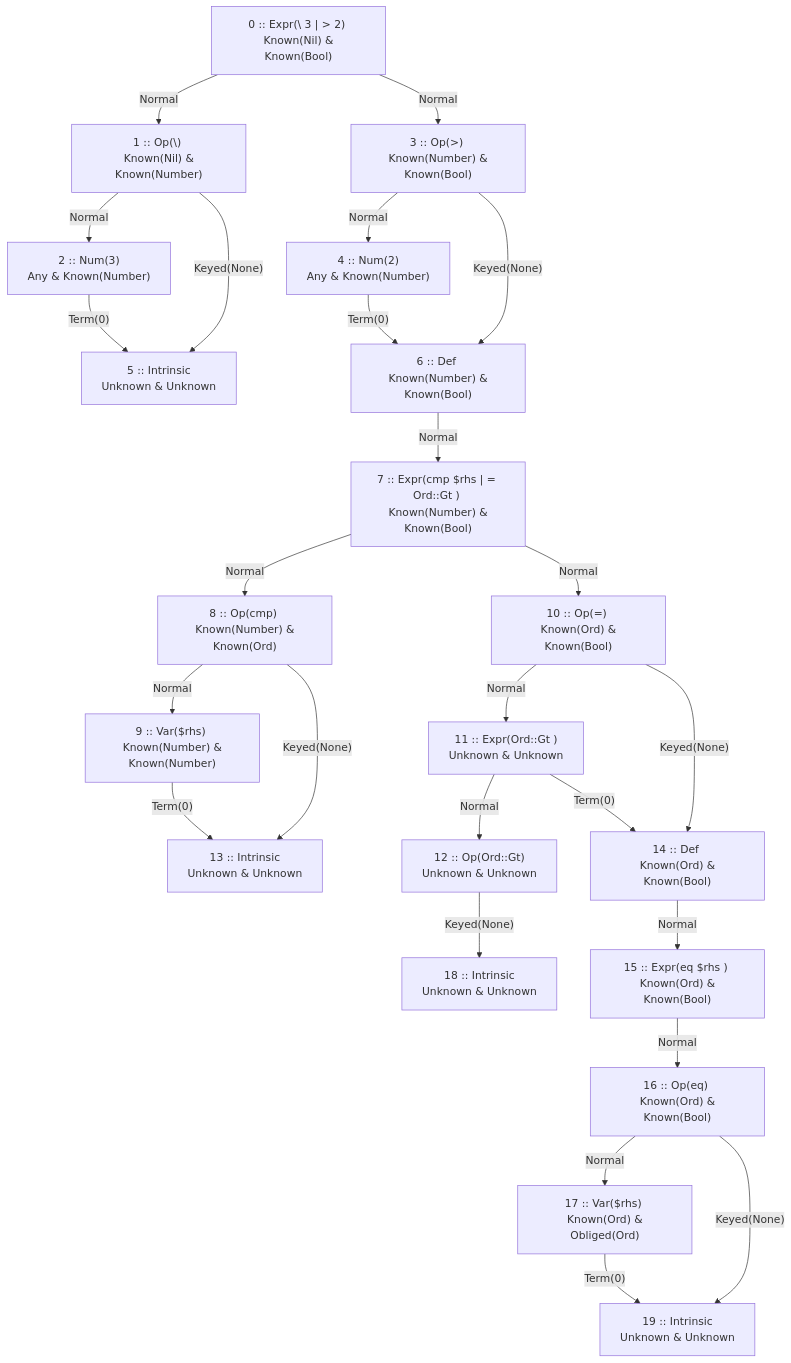
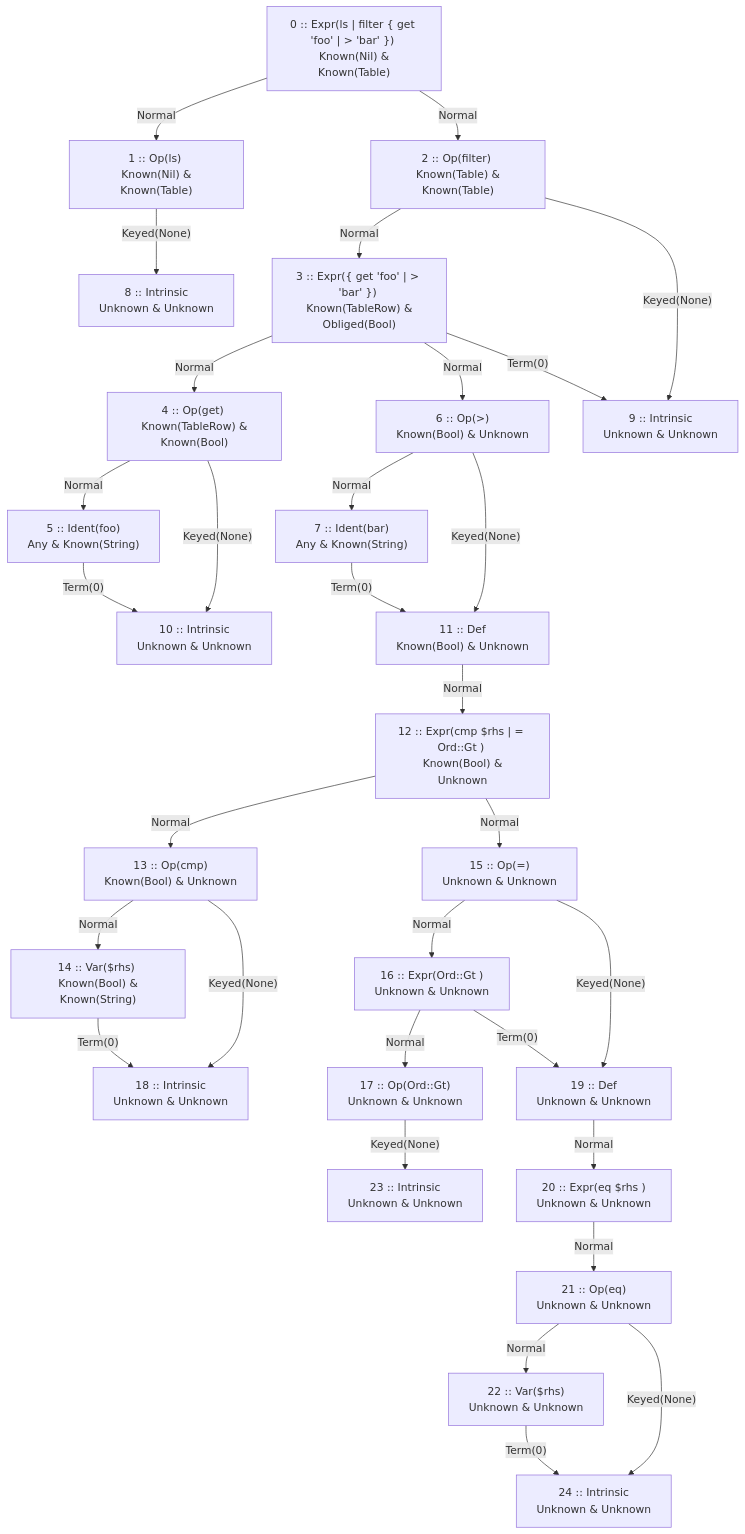
Before and after one commit to kdr-aus/ogma: the first of 2 diagrams in ogma/debug-compiler.md, drawn with Mermaid. The commit also changed other lines of this file and 11 other files, not shown here.

````diff
--- a/ogma/debug-compiler.md
+++ b/ogma/debug-compiler.md
@@ -32,48 +37,59 @@
 ```mermaid
 flowchart TD
-i0["0 :: Expr(\ 3 | > 2) <br> Known(Nil) & Known(Bool)"]
-i1["1 :: Op(\) <br> Known(Nil) & Known(Number)"]
-i2["2 :: Num(3) <br> Any & Known(Number)"]
-i3["3 :: Op(>) <br> Known(Number) & Known(Bool)"]
-i4["4 :: Num(2) <br> Any & Known(Number)"]
-i5["5 :: Intrinsic <br> Unknown & Unknown"]
-i6["6 :: Def <br> Known(Number) & Known(Bool)"]
-i7["7 :: Expr(cmp $rhs | = Ord::Gt ) <br> Known(Number) & Known(Bool)"]
-i8["8 :: Op(cmp) <br> Known(Number) & Known(Ord)"]
-i9["9 :: Var($rhs) <br> Known(Number) & Known(Number)"]
-i10["10 :: Op(=) <br> Known(Ord) & Known(Bool)"]
-i11["11 :: Expr(Ord::Gt ) <br> Unknown & Unknown"]
-i12["12 :: Op(Ord::Gt) <br> Unknown & Unknown"]
-i13["13 :: Intrinsic <br> Unknown & Unknown"]
-i14["14 :: Def <br> Known(Ord) & Known(Bool)"]
-i15["15 :: Expr(eq $rhs ) <br> Known(Ord) & Known(Bool)"]
-i16["16 :: Op(eq) <br> Known(Ord) & Known(Bool)"]
-i17["17 :: Var($rhs) <br> Known(Ord) & Obliged(Ord)"]
+i0["0 :: Expr(ls | filter { get 'foo' | > 'bar' }) <br> Known(Nil) & Known(Table)"]
+i1["1 :: Op(ls) <br> Known(Nil) & Known(Table)"]
+i2["2 :: Op(filter) <br> Known(Table) & Known(Table)"]
+i3["3 :: Expr({ get 'foo' | > 'bar' }) <br> Known(TableRow) & Obliged(Bool)"]
+i4["4 :: Op(get) <br> Known(TableRow) & Known(Bool)"]
+i5["5 :: Ident(foo) <br> Any & Known(String)"]
+i6["6 :: Op(>) <br> Known(Bool) & Unknown"]
+i7["7 :: Ident(bar) <br> Any & Known(String)"]
+i8["8 :: Intrinsic <br> Unknown & Unknown"]
+i9["9 :: Intrinsic <br> Unknown & Unknown"]
+i10["10 :: Intrinsic <br> Unknown & Unknown"]
+i11["11 :: Def <br> Known(Bool) & Unknown"]
+i12["12 :: Expr(cmp $rhs | = Ord::Gt ) <br> Known(Bool) & Unknown"]
+i13["13 :: Op(cmp) <br> Known(Bool) & Unknown"]
+i14["14 :: Var($rhs) <br> Known(Bool) & Known(String)"]
+i15["15 :: Op(=) <br> Unknown & Unknown"]
+i16["16 :: Expr(Ord::Gt ) <br> Unknown & Unknown"]
+i17["17 :: Op(Ord::Gt) <br> Unknown & Unknown"]
 i18["18 :: Intrinsic <br> Unknown & Unknown"]
-i19["19 :: Intrinsic <br> Unknown & Unknown"]
+i19["19 :: Def <br> Unknown & Unknown"]
+i20["20 :: Expr(eq $rhs ) <br> Unknown & Unknown"]
+i21["21 :: Op(eq) <br> Unknown & Unknown"]
+i22["22 :: Var($rhs) <br> Unknown & Unknown"]
+i23["23 :: Intrinsic <br> Unknown & Unknown"]
+i24["24 :: Intrinsic <br> Unknown & Unknown"]
 
 i0 -- "Normal" --> i1
-i1 -- "Normal" --> i2
-i0 -- "Normal" --> i3
+i0 -- "Normal" --> i2
+i2 -- "Normal" --> i3
 i3 -- "Normal" --> i4
-i1 -- "Keyed(None)" --> i5
-i2 -- "Term(0)" --> i5
-i7 -- "Normal" --> i8
-i8 -- "Normal" --> i9
-i7 -- "Normal" --> i10
-i10 -- "Normal" --> i11
-i11 -- "Normal" --> i12
+i4 -- "Normal" --> i5
+i3 -- "Normal" --> i6
 i6 -- "Normal" --> i7
-i3 -- "Keyed(None)" --> i6
-i4 -- "Term(0)" --> i6
-i8 -- "Keyed(None)" --> i13
-i9 -- "Term(0)" --> i13
+i1 -- "Keyed(None)" --> i8
+i2 -- "Keyed(None)" --> i9
+i3 -- "Term(0)" --> i9
+i4 -- "Keyed(None)" --> i10
+i5 -- "Term(0)" --> i10
+i12 -- "Normal" --> i13
+i13 -- "Normal" --> i14
+i12 -- "Normal" --> i15
 i15 -- "Normal" --> i16
 i16 -- "Normal" --> i17
-i14 -- "Normal" --> i15
-i10 -- "Keyed(None)" --> i14
-i11 -- "Term(0)" --> i14
-i12 -- "Keyed(None)" --> i18
-i16 -- "Keyed(None)" --> i19
-i17 -- "Term(0)" --> i19
+i11 -- "Normal" --> i12
+i6 -- "Keyed(None)" --> i11
+i7 -- "Term(0)" --> i11
+i13 -- "Keyed(None)" --> i18
+i14 -- "Term(0)" --> i18
+i20 -- "Normal" --> i21
+i21 -- "Normal" --> i22
+i19 -- "Normal" --> i20
+i15 -- "Keyed(None)" --> i19
+i16 -- "Term(0)" --> i19
+i17 -- "Keyed(None)" --> i23
+i21 -- "Keyed(None)" --> i24
+i22 -- "Term(0)" --> i24
 ```
````
